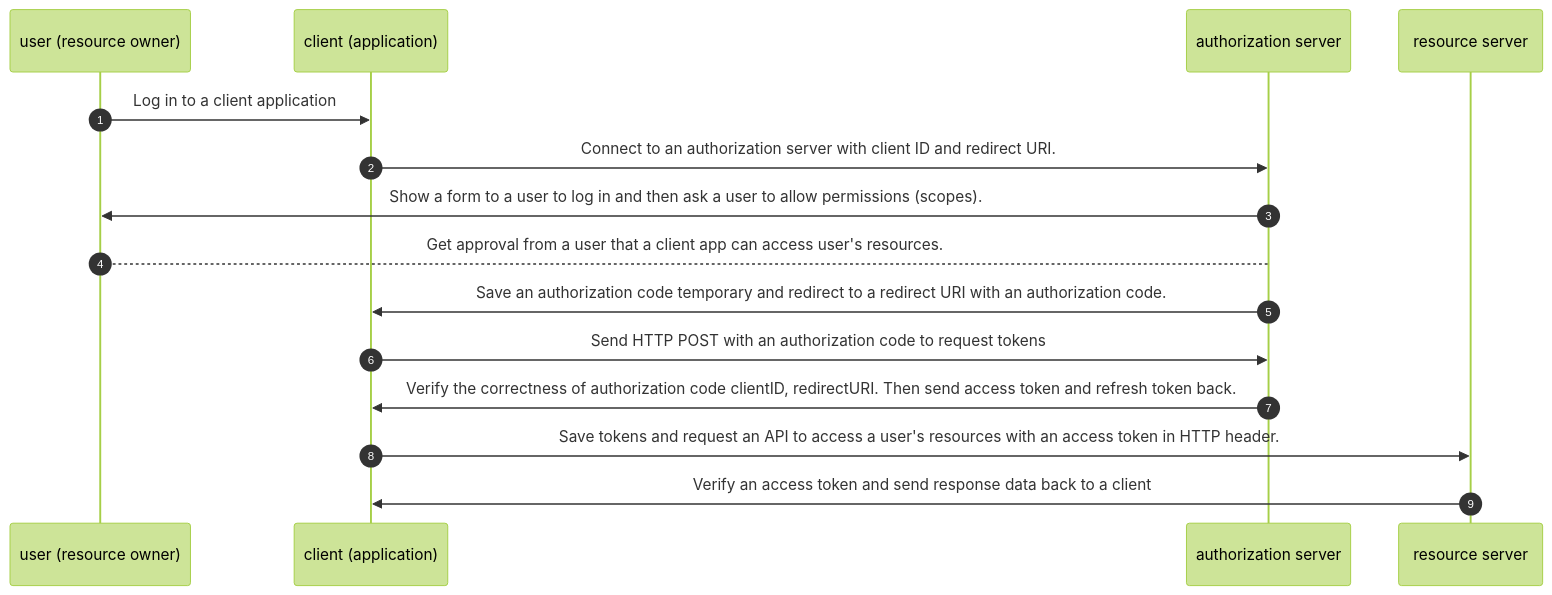
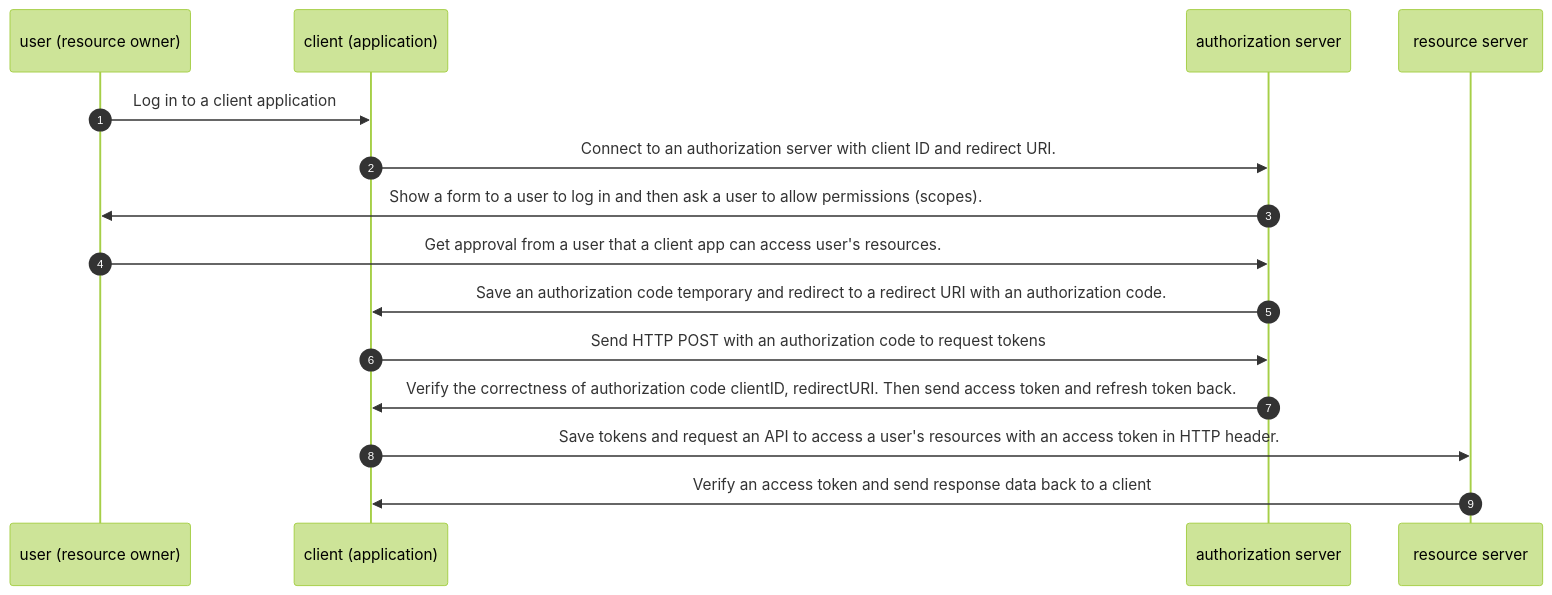
One commit to dotnetthailand/dotnetthailand.github.io changed the fourth of 5 diagrams in content/faq/fundamental/oauth.md. Above: the diagram before and after it, drawn with Mermaid (forest theme). The commit also changed other lines of this file, not shown here.

````diff
--- a/content/faq/fundamental/oauth.md
+++ b/content/faq/fundamental/oauth.md
@@ -79,18 +79,18 @@
 ```mermaid
 sequenceDiagram
   autonumber
   participant user as user (resource owner)
   participant client as client (application)
   participant authorization_server as authorization server
   participant resource_server as resource server
 
   user ->> client: Log in to a client application
   client ->> authorization_server: Connect to an authorization server with client ID and redirect URI.
   authorization_server ->> user: Show a form to a user to log in and then ask a user to allow permissions (scopes).
-  user --> authorization_server: Get approval from a user that a client app can access user's resources.
+  user ->> authorization_server: Get approval from a user that a client app can access user's resources.
   authorization_server ->> client: Save an authorization code temporary and redirect to a redirect URI with an authorization code.
   client ->> authorization_server: Send HTTP POST with an authorization code to request tokens
   authorization_server ->> client: Verify the correctness of authorization code clientID, redirectURI. Then send access token and refresh token back.
   client ->> resource_server: Save tokens and request an API to access a user's resources with an access token in HTTP header.
   resource_server ->> client: Verify an access token and send response data back to a client
 ```
````
